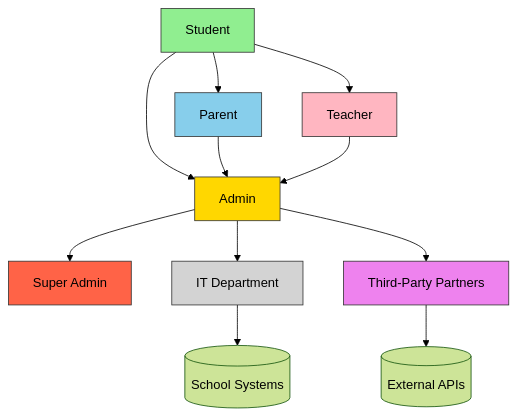
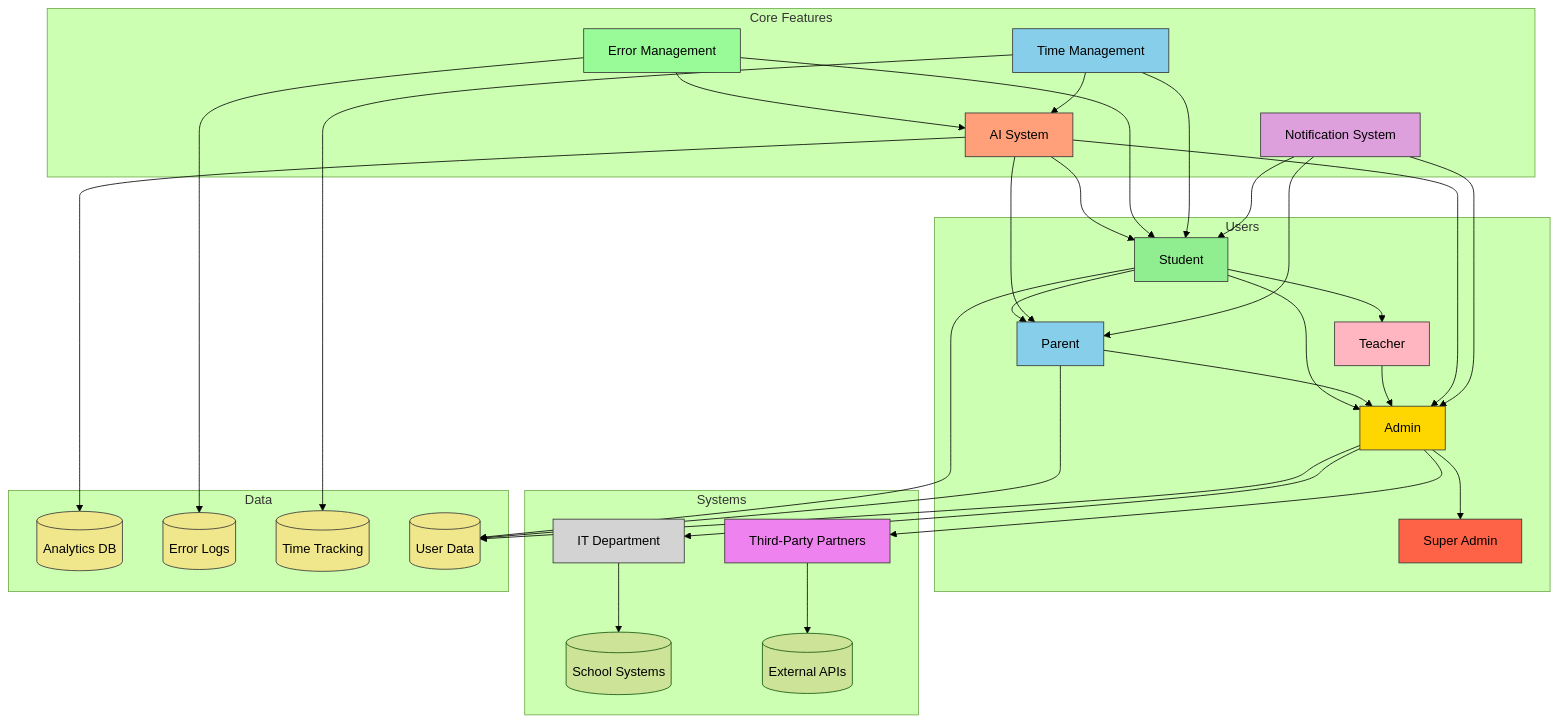
One commit to zane0623/new changed the diagram in prd.md. Above: the diagram before and after it, drawn with Mermaid (forest theme). The commit also changed other lines of this file and 4 other files, not shown here.

Commit message:
Implement error tracking and time management features based on CPO feedback

````diff
--- a/prd.md
+++ b/prd.md
@@ -14,21 +17,61 @@
 ```mermaid
 graph TD
-    A[Student] --> B[Parent]
-    A --> C[Teacher]
-    A --> D[Admin]
-    B --> D
-    C --> D
-    D --> E[Super Admin]
-    D --> F[IT Department]
-    D --> G[Third-Party Partners]
-    F --> H[(School Systems)]
-    G --> I[(External APIs)]
+    subgraph Users
+        A[Student] --> B[Parent]
+        A --> C[Teacher]
+        A --> D[Admin]
+        B --> D
+        C --> D
+        D --> E[Super Admin]
+    end
+
+    subgraph Systems
+        F[IT Department] --> H[(School Systems)]
+        D --> F
+        D --> G[Third-Party Partners]
+        G --> I[(External APIs)]
+    end
+
+    subgraph Core Features
+        J[AI System] --> A
+        J --> B
+        J --> D
+        K[Error Management] --> A
+        K --> J
+        L[Time Management] --> A
+        L --> J
+        M[Notification System] --> A
+        M --> B
+        M --> D
+    end
+
+    subgraph Data
+        N[(Analytics DB)]
+        O[(Error Logs)]
+        P[(Time Tracking)]
+        Q[(User Data)]
+    end
+
+    J --> N
+    K --> O
+    L --> P
+    A --> Q
+    B --> Q
+    D --> Q
     
     style A fill:#90EE90,stroke:#333
     style B fill:#87CEEB,stroke:#333
     style C fill:#FFB6C1,stroke:#333
     style D fill:#FFD700,stroke:#333
     style E fill:#FF6347,stroke:#333
     style F fill:#D3D3D3,stroke:#333
     style G fill:#EE82EE,stroke:#333
+    style J fill:#FFA07A,stroke:#333
+    style K fill:#98FB98,stroke:#333
+    style L fill:#87CEEB,stroke:#333
+    style M fill:#DDA0DD,stroke:#333
+    style N fill:#F0E68C,stroke:#333
+    style O fill:#F0E68C,stroke:#333
+    style P fill:#F0E68C,stroke:#333
+    style Q fill:#F0E68C,stroke:#333
 ```
````
